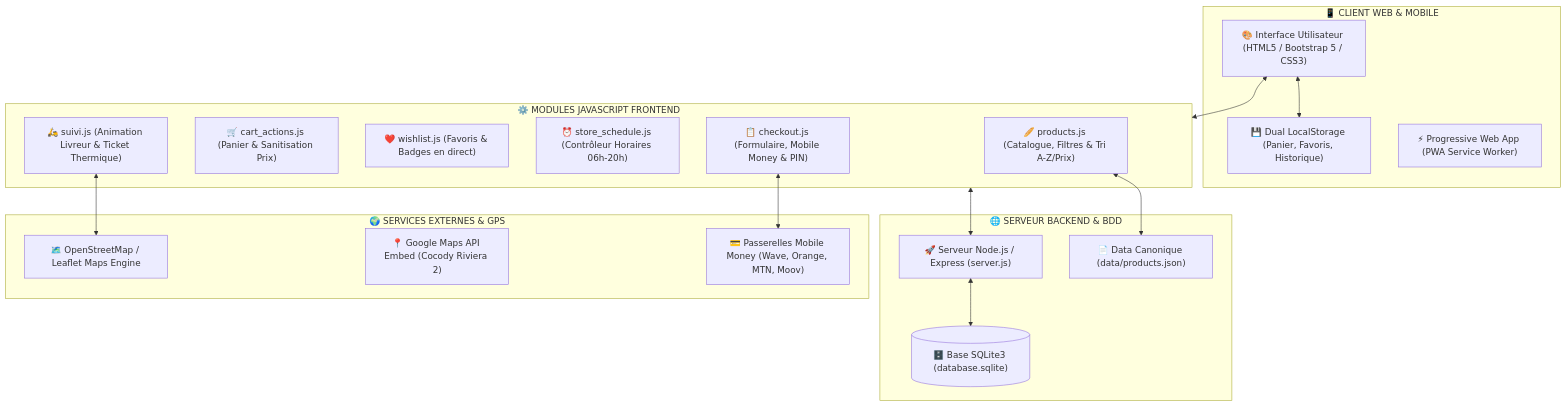
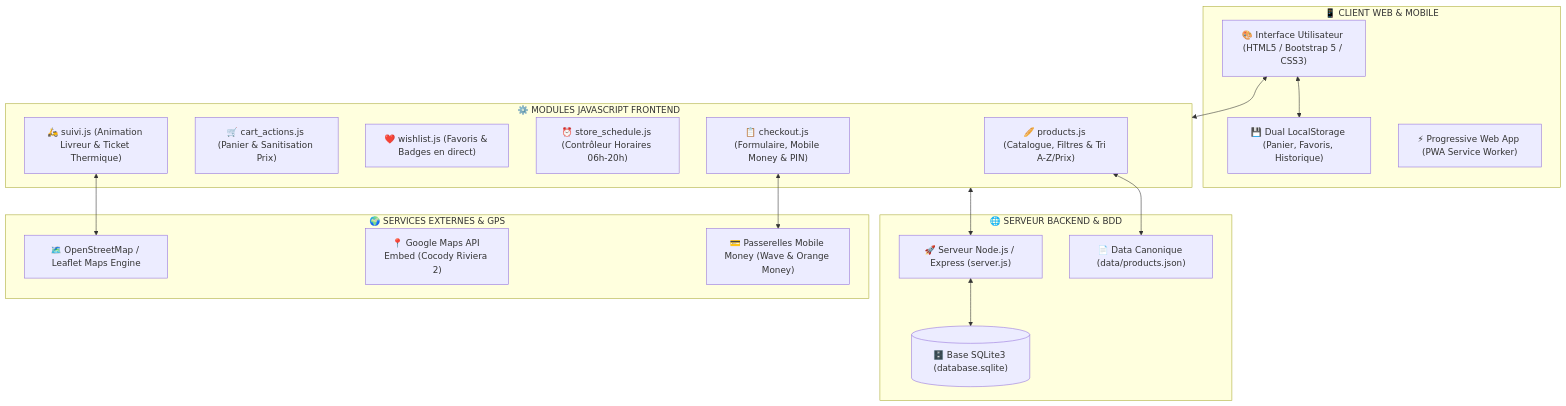
One commit to Christ-Hub-pixel/Boulangerie-de-BABI changed the first of 3 diagrams in ARCHITECTURE.md. Above: the diagram before and after it, drawn with Mermaid. The commit also changed 4 other files, not shown here.

Commit message:
Suppression définitive des modes de paiement MTN et Moov. Seuls Wave et Orange Money (plus Espèces à la livraison) sont désormais acceptés

````diff
--- a/ARCHITECTURE.md
+++ b/ARCHITECTURE.md
@@ -27,37 +27,37 @@
 ```mermaid
 flowchart TB
     subgraph CLIENT["📱 CLIENT WEB & MOBILE"]
         UI["🎨 Interface Utilisateur (HTML5 / Bootstrap 5 / CSS3)"]
         STORE["💾 Dual LocalStorage (Panier, Favoris, Historique)"]
         SW["⚡ Progressive Web App (PWA Service Worker)"]
     end
 
     subgraph LOGIC["⚙️ MODULES JAVASCRIPT FRONTEND"]
         PRODUCTS["🥖 products.js (Catalogue, Filtres & Tri A-Z/Prix)"]
         CART["🛒 cart_actions.js (Panier & Sanitisation Prix)"]
         WISHLIST["❤️ wishlist.js (Favoris & Badges en direct)"]
         SCHEDULE["⏰ store_schedule.js (Contrôleur Horaires 06h-20h)"]
         GPS_TRACK["🛵 suivi.js (Animation Livreur & Ticket Thermique)"]
         CHECKOUT_JS["📋 checkout.js (Formulaire, Mobile Money & PIN)"]
     end
 
     subgraph BACKEND["🌐 SERVEUR BACKEND & BDD"]
         EXPRESS["🚀 Serveur Node.js / Express (server.js)"]
         SQLITE[("🗄️ Base SQLite3 (database.sqlite)")]
         JSON_DB["📄 Data Canonique (data/products.json)"]
     end
 
     subgraph EXTERNAL["🌍 SERVICES EXTERNES & GPS"]
         OSM["🗺️ OpenStreetMap / Leaflet Maps Engine"]
         GMAPS["📍 Google Maps API Embed (Cocody Riviera 2)"]
-        MOMO["💳 Passerelles Mobile Money (Wave, Orange, MTN, Moov)"]
+        MOMO["💳 Passerelles Mobile Money (Wave & Orange Money)"]
     end
 
     UI <--> STORE
     UI <--> LOGIC
     PRODUCTS <--> JSON_DB
     CHECKOUT_JS <--> MOMO
     GPS_TRACK <--> OSM
     EXPRESS <--> SQLITE
     LOGIC <--> EXPRESS
 ```
````
